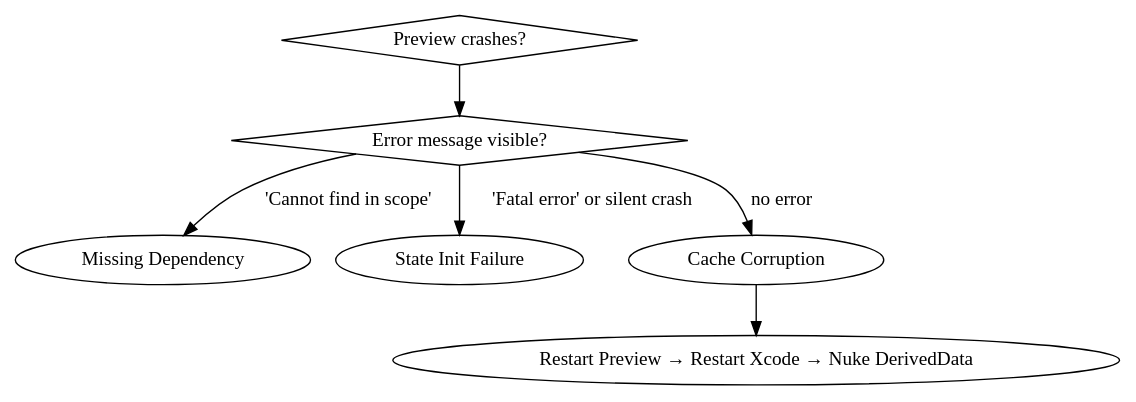
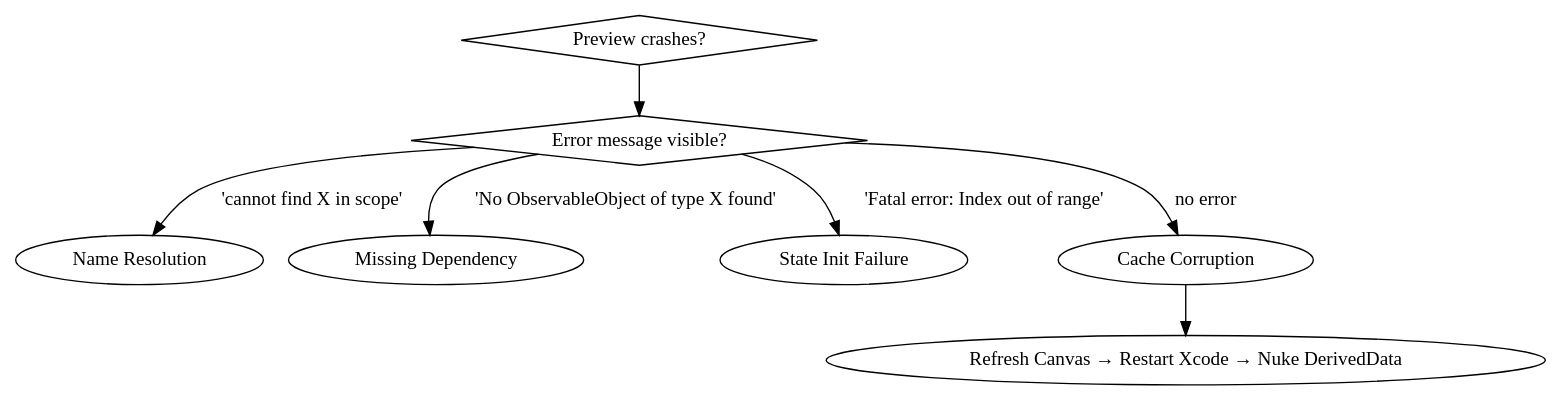
Before and after one commit to CharlesWiltgen/Axiom: the second of 2 diagrams in axiom-cursor/skills/axiom-swiftui/skills/debugging.md, drawn with Graphviz. The commit also changed other lines of this file and 86 other files, not shown here.

````diff
--- a/axiom-cursor/skills/axiom-swiftui/skills/debugging.md
+++ b/axiom-cursor/skills/axiom-swiftui/skills/debugging.md
@@ -577,12 +561,13 @@
 ```dot
 digraph preview_crashes {
     start [label="Preview crashes?" shape=diamond];
     error [label="Error message visible?" shape=diamond];
 
     start -> error;
-    error -> "Missing Dependency" [label="'Cannot find in scope'"];
-    error -> "State Init Failure" [label="'Fatal error' or silent crash"];
+    error -> "Name Resolution" [label="'cannot find X in scope'"];
+    error -> "Missing Dependency" [label="'No ObservableObject of type X found'"];
+    error -> "State Init Failure" [label="'Fatal error: Index out of range'"];
     error -> "Cache Corruption" [label="no error"];
-    "Cache Corruption" -> "Restart Preview → Restart Xcode → Nuke DerivedData";
+    "Cache Corruption" -> "Refresh Canvas → Restart Xcode → Nuke DerivedData";
 }
 ```
````
